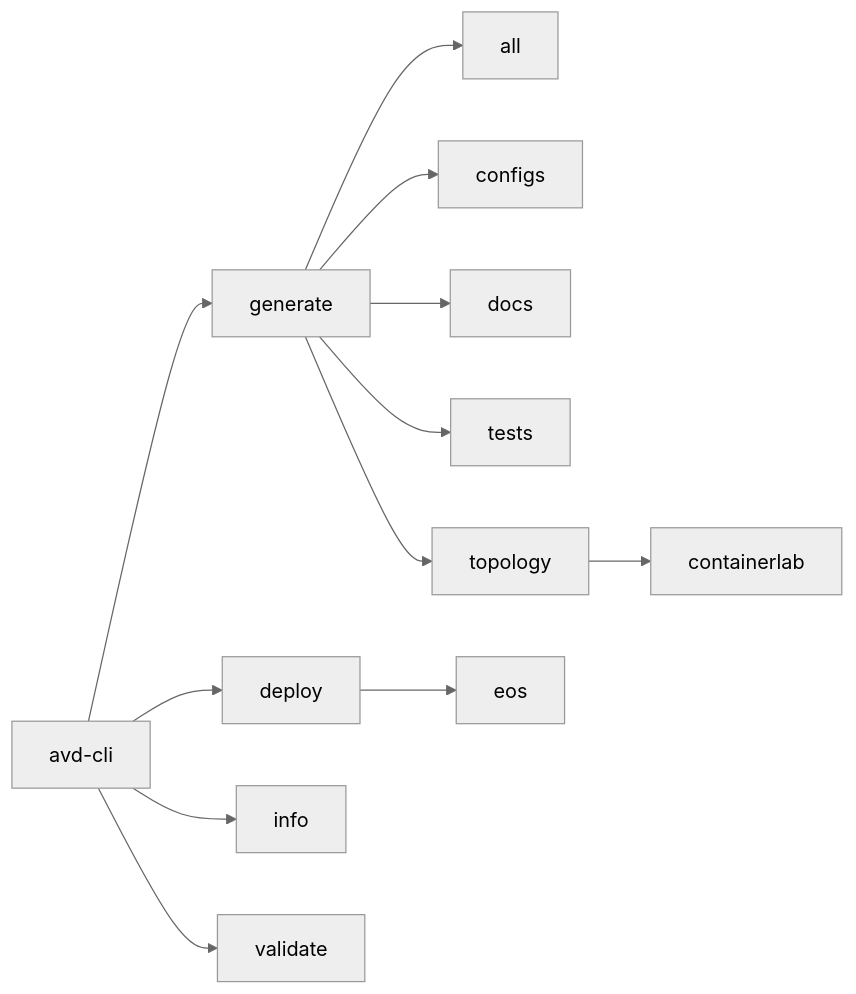
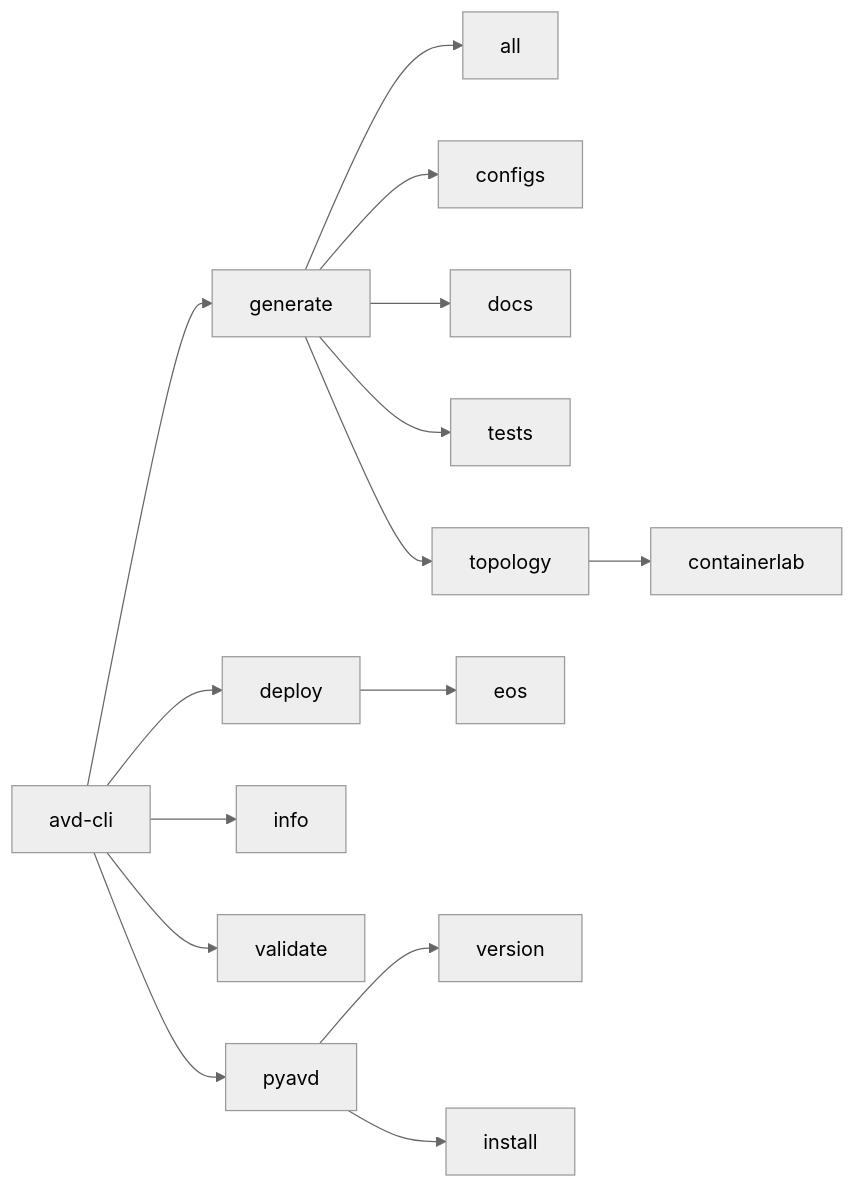
The diagram in docs/user-guide/commands/overview.md (titom73/avd-cli), drawn with Mermaid (neutral theme) before and after one commit. The commit also changed other lines of this file and 18 other files, not shown here.

First line of the commit message:
feat(cli): add pyavd version management commands (#46)

````diff
--- a/docs/user-guide/commands/overview.md
+++ b/docs/user-guide/commands/overview.md
@@ -20,14 +21,17 @@
 ```mermaid
 graph LR
     A[avd-cli] --> B[generate]
     A --> C[deploy]
     A --> D[info]
     A --> E[validate]
+    A --> M[pyavd]
     B --> F[all]
     B --> G[configs]
     B --> H[docs]
     B --> I[tests]
     B --> K[topology]
     K --> L[containerlab]
     C --> J[eos]
+    M --> N[version]
+    M --> O[install]
 ```
````
